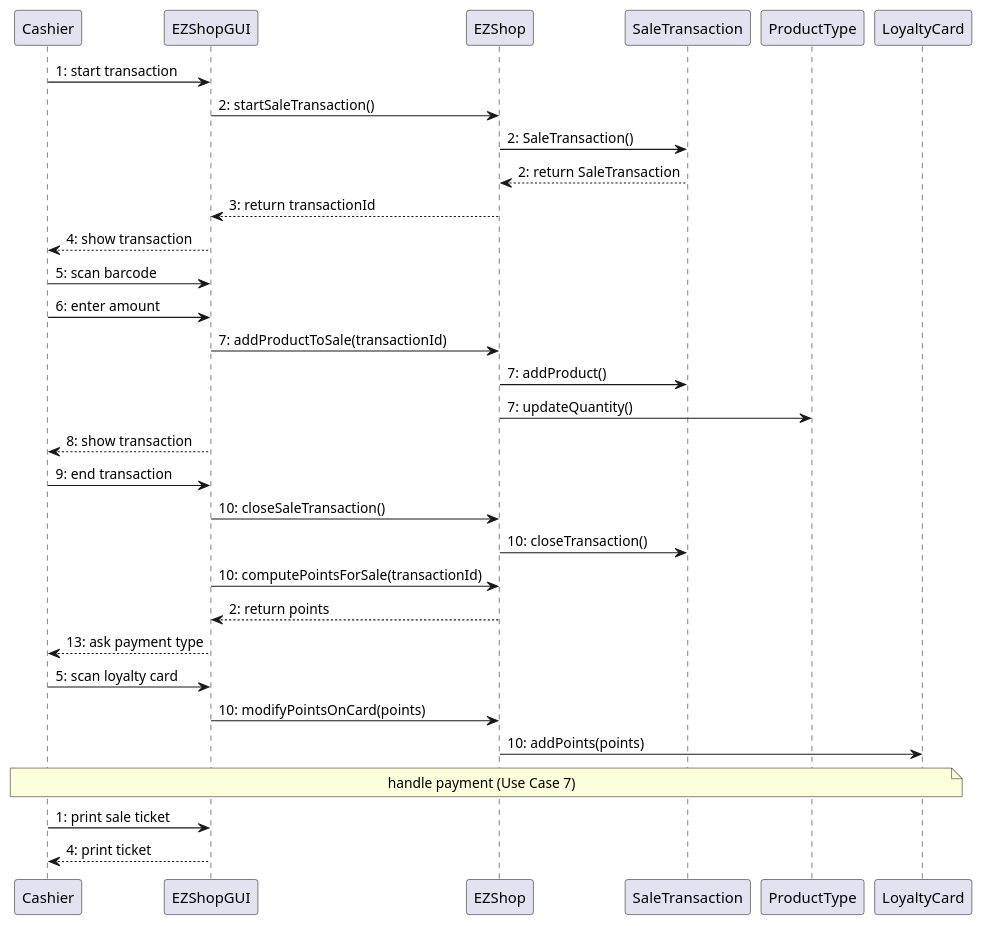
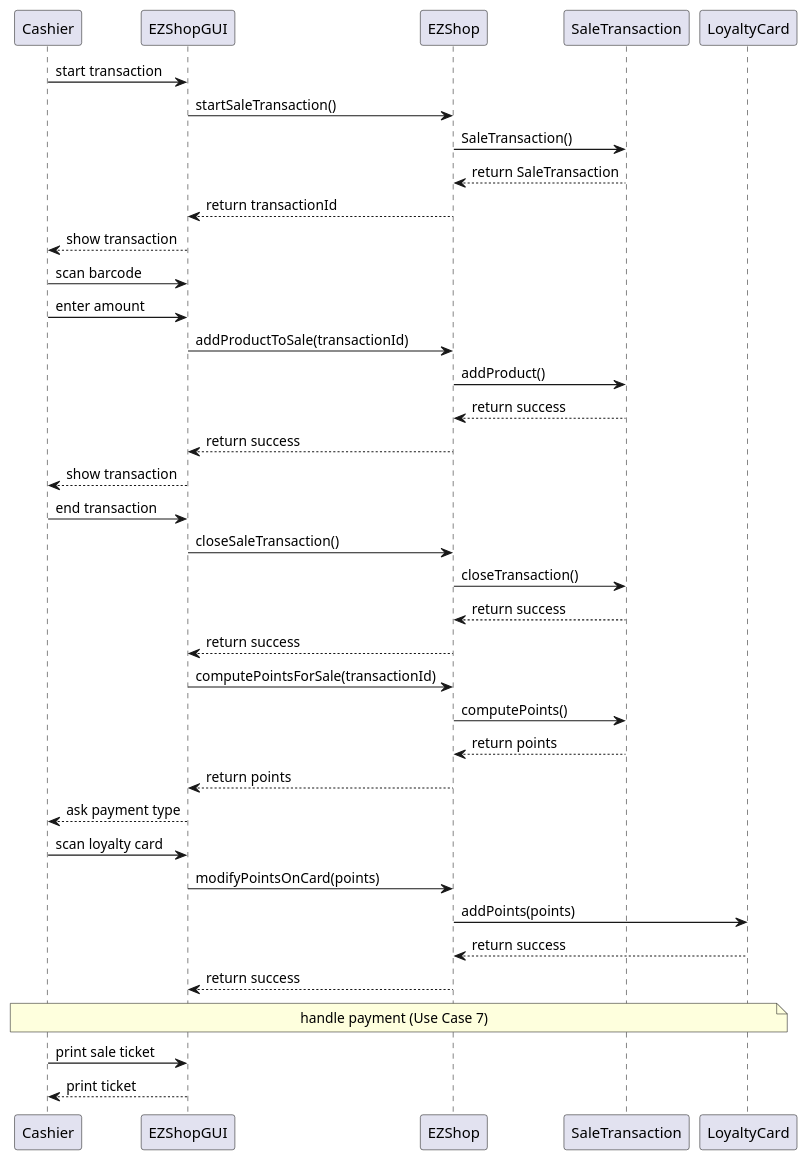
One commit to polito-se2-21-r03/se1-ezshop changed the ninth of 13 diagrams in Deliverables/DesignDocument.md. Above: the diagram before and after it, drawn with PlantUML. The commit also changed other lines of this file, not shown here.

Commit message:
Fix sequence diagrams 5 and 6

````diff
--- a/Deliverables/DesignDocument.md
+++ b/Deliverables/DesignDocument.md
@@ -422,30 +423,37 @@
 ```plantuml
-"Cashier" -> "EZShopGUI": 1: start transaction
-"EZShopGUI" -> "EZShop": 2: startSaleTransaction()
-"EZShop" -> "SaleTransaction": 2: SaleTransaction()
-"EZShop" <-- "SaleTransaction": 2: return SaleTransaction
-"EZShopGUI" <-- "EZShop": 3: return transactionId
-"Cashier" <-- "EZShopGUI": 4: show transaction
-"Cashier" -> "EZShopGUI": 5: scan barcode
-"Cashier" -> "EZShopGUI": 6: enter amount
-"EZShopGUI" -> "EZShop": 7: addProductToSale(transactionId)
-"EZShop" -> "SaleTransaction": 7: addProduct()
-"EZShop" -> "ProductType": 7: updateQuantity()
-"Cashier" <-- "EZShopGUI": 8: show transaction
-"Cashier" -> "EZShopGUI": 9: end transaction
-"EZShopGUI" -> "EZShop": 10: closeSaleTransaction()
-"EZShop" -> "SaleTransaction": 10: closeTransaction()
-"EZShopGUI" -> "EZShop": 10: computePointsForSale(transactionId)
-"EZShopGUI" <-- "EZShop": 2: return points
-"Cashier" <-- "EZShopGUI": 13: ask payment type
-"Cashier" -> "EZShopGUI": 5: scan loyalty card
-"EZShopGUI" -> "EZShop": 10: modifyPointsOnCard(points)
-"EZShop" -> "LoyaltyCard": 10: addPoints(points)
+"Cashier" -> "EZShopGUI": start transaction
+"EZShopGUI" -> "EZShop": startSaleTransaction()
+"EZShop" -> "SaleTransaction": SaleTransaction()
+"EZShop" <-- "SaleTransaction": return SaleTransaction
+"EZShopGUI" <-- "EZShop": return transactionId
+"Cashier" <-- "EZShopGUI": show transaction
+"Cashier" -> "EZShopGUI": scan barcode
+"Cashier" -> "EZShopGUI": enter amount
+"EZShopGUI" -> "EZShop": addProductToSale(transactionId)
+"EZShop" -> "SaleTransaction": addProduct()
+"EZShop" <-- "SaleTransaction": return success
+"EZShopGUI" <-- "EZShop": return success
+"Cashier" <-- "EZShopGUI": show transaction
+"Cashier" -> "EZShopGUI": end transaction
+"EZShopGUI" -> "EZShop": closeSaleTransaction()
+"EZShop" -> "SaleTransaction": closeTransaction()
+"EZShop" <-- "SaleTransaction": return success
+"EZShopGUI" <-- "EZShop": return success
+"EZShopGUI" -> "EZShop": computePointsForSale(transactionId)
+"EZShop" -> "SaleTransaction": computePoints()
+"EZShop" <-- "SaleTransaction": return points
+"EZShopGUI" <-- "EZShop": return points
+"Cashier" <-- "EZShopGUI": ask payment type
+"Cashier" -> "EZShopGUI": scan loyalty card
+"EZShopGUI" -> "EZShop": modifyPointsOnCard(points)
+"EZShop" -> "LoyaltyCard": addPoints(points)
+"EZShop" <-- "LoyaltyCard": return success
+"EZShopGUI" <-- "EZShop": return success
 
 note over Cashier, LoyaltyCard
 handle payment (Use Case 7)
 end note
 
-"Cashier" -> "EZShopGUI": 1: print sale ticket
-"Cashier" <-- "EZShopGUI": 4: print ticket
+"Cashier" -> "EZShopGUI": print sale ticket
+"Cashier" <-- "EZShopGUI": print ticket
 ```
````
